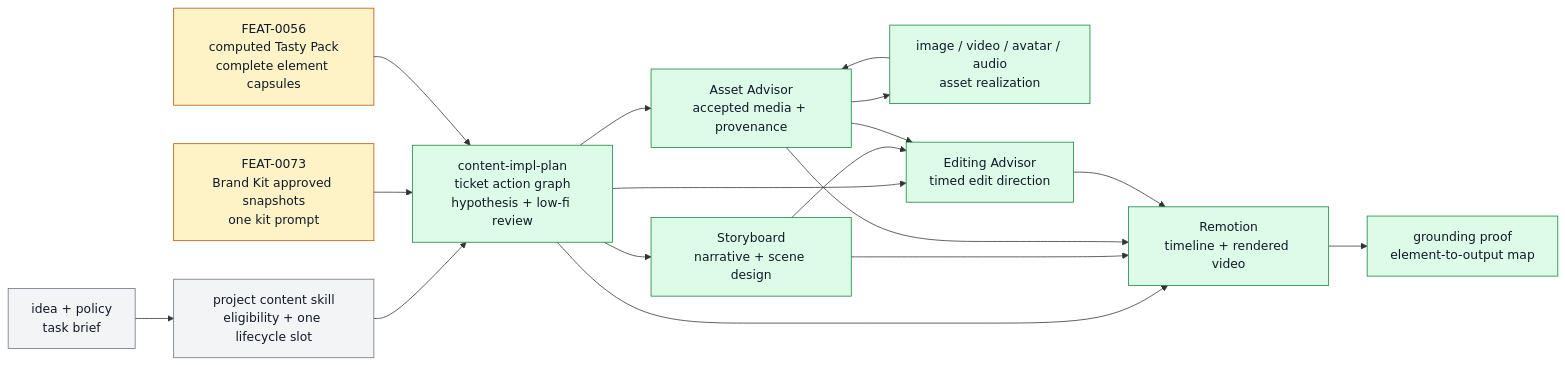
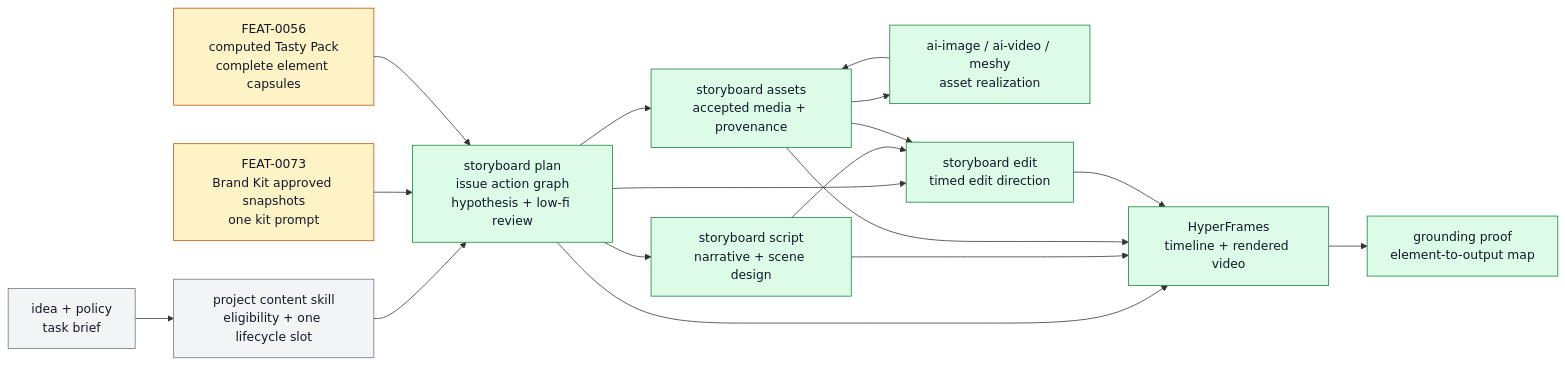
The diagram in docs/systems/content-production.md (ZanarkandTechnologies/Farplane), drawn with Mermaid before and after one commit. The commit also changed other lines of this file and 377 other files, not shown here.

````diff
--- a/docs/systems/content-production.md
+++ b/docs/systems/content-production.md
@@ -129,35 +123,35 @@
 ```mermaid
 flowchart LR
   classDef keep fill:#f3f4f6,stroke:#6b7280,color:#111827
   classDef changed fill:#fef3c7,stroke:#b45309,color:#111827
   classDef added fill:#dcfce7,stroke:#15803d,color:#111827
 
   idea["idea + policy<br/>task brief"]:::keep
   admission["project content skill<br/>eligibility + one lifecycle slot"]:::keep
   kit["FEAT-0073<br/>Brand Kit approved snapshots<br/>one kit prompt"]:::changed
   tasty["FEAT-0056<br/>computed Tasty Pack<br/>complete element capsules"]:::changed
-  plan["content-impl-plan<br/>ticket action graph<br/>hypothesis + low-fi review"]:::added
-  storyboard["Storyboard<br/>narrative + scene design"]:::added
-  assets["Asset Advisor<br/>accepted media + provenance"]:::added
-  generation["image / video / avatar / audio<br/>asset realization"]:::added
-  edit["Editing Advisor<br/>timed edit direction"]:::added
-  render["Remotion<br/>timeline + rendered video"]:::added
+  plan["storyboard plan<br/>issue action graph<br/>hypothesis + low-fi review"]:::added
+  storyboard["storyboard script<br/>narrative + scene design"]:::added
+  assets["storyboard assets<br/>accepted media + provenance"]:::added
+  generation["ai-image / ai-video / meshy<br/>asset realization"]:::added
+  edit["storyboard edit<br/>timed edit direction"]:::added
+  render["HyperFrames<br/>timeline + rendered video"]:::added
   proof["grounding proof<br/>element-to-output map"]:::added
 
   idea --> admission
   admission --> plan
   kit --> plan
   tasty --> plan
   plan --> storyboard
   plan --> assets
   assets --> generation
   generation --> assets
   plan --> edit
   storyboard --> edit
   assets --> edit
   plan --> render
   storyboard --> render
   assets --> render
   edit --> render
   render --> proof
 ```
````
